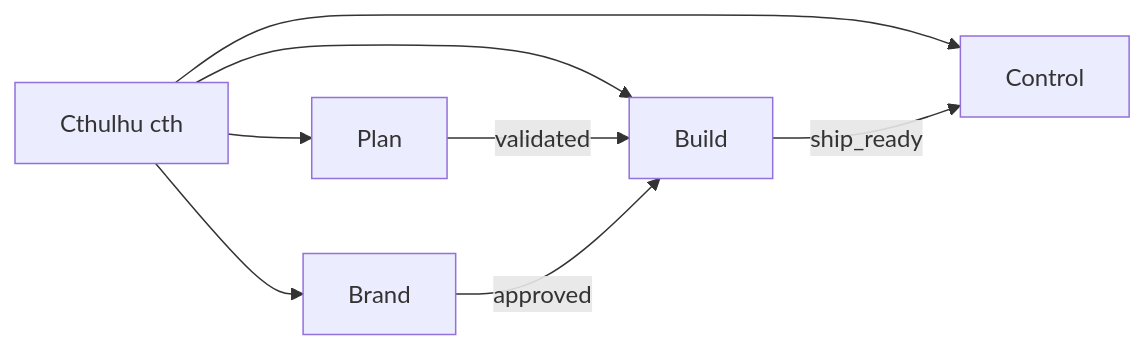
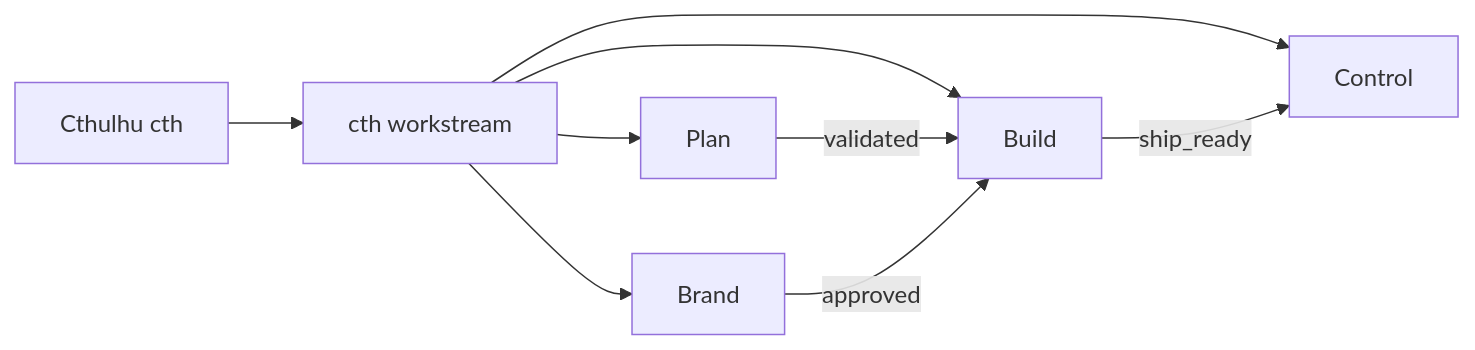
The first of 2 diagrams in docs/runtime-controller.md (luckgrid/wfos), drawn with Mermaid before and after one commit. The commit also changed other lines of this file and 3 other files, not shown here.

````diff
--- a/docs/runtime-controller.md
+++ b/docs/runtime-controller.md
@@ -60,10 +73,11 @@
 ```mermaid
 flowchart LR
-  K[Cthulhu cth] --> PlanNs[Plan]
-  K --> BrandNs[Brand]
-  K --> BuildNs[Build]
-  K --> ControlNs[Control]
+  K[Cthulhu cth] --> WF[cth workstream]
+  WF --> PlanNs[Plan]
+  WF --> BrandNs[Brand]
+  WF --> BuildNs[Build]
+  WF --> ControlNs[Control]
   PlanNs -->|validated| BuildNs
   BrandNs -->|approved| BuildNs
   BuildNs -->|ship_ready| ControlNs
 ```
````
